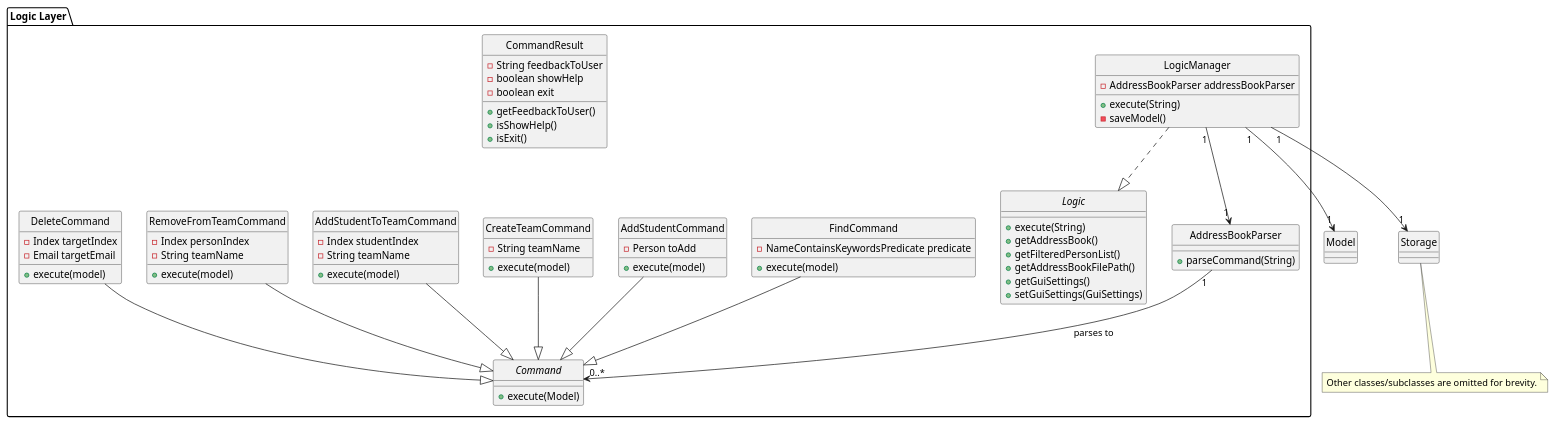
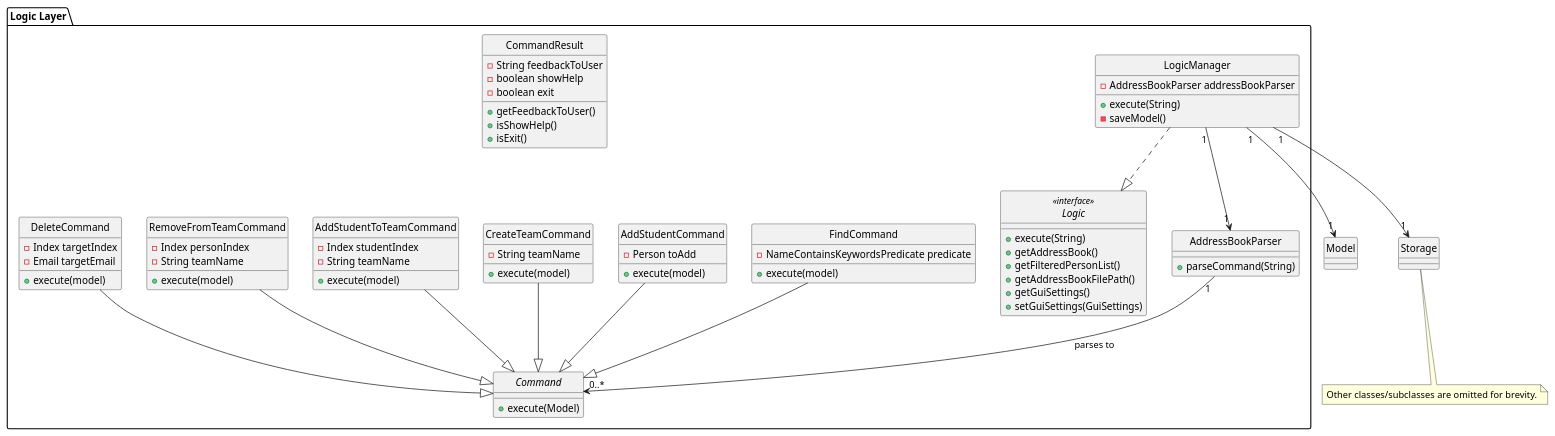
Before and after one commit to ziheng119/tp: the diagram in docs/UML/Logic.puml, drawn with PlantUML. The commit also changed 2 other files, not shown here.

Commit message:
Update interface labels

```diff
--- a/docs/UML/Logic.puml
+++ b/docs/UML/Logic.puml
@@ -1,88 +1,88 @@
 @startuml
 hide circle
 
 package "Logic Layer" as Logic {
-    interface Logic {
+    interface Logic <<interface>> {
         +execute(String)
         +getAddressBook()
         +getFilteredPersonList()
         +getAddressBookFilePath()
         +getGuiSettings()
         +setGuiSettings(GuiSettings)
     }
 
     class LogicManager {
         -AddressBookParser addressBookParser
         +execute(String)
         -saveModel()
     }
 
     class AddressBookParser {
         +parseCommand(String)
     }
 
     abstract class Command {
         +execute(Model)
     }
 
     class FindCommand {
         -NameContainsKeywordsPredicate predicate
         +execute(model)
     }
 
     class AddStudentCommand {
         -Person toAdd
         +execute(model)
     }
 
     class CreateTeamCommand {
         -String teamName
         +execute(model)
     }
 
     class AddStudentToTeamCommand {
         -Index studentIndex
         -String teamName
         +execute(model)
     }
 
     class RemoveFromTeamCommand {
         -Index personIndex
         -String teamName
         +execute(model)
     }
 
     class DeleteCommand {
         -Index targetIndex
         -Email targetEmail
         +execute(model)
     }
 
     class CommandResult {
         -String feedbackToUser
         -boolean showHelp
         -boolean exit
         +getFeedbackToUser()
         +isShowHelp()
         +isExit()
     }
 }
 
 Logic.LogicManager ..|> Logic.Logic
 LogicManager "1" --> "1" AddressBookParser
 LogicManager "1" --> "1" Model
 LogicManager "1" --> "1" Storage
 AddressBookParser "1" --> "0..*" Command : parses to
 
 
 note bottom
   Other classes/subclasses are omitted for brevity.
 end note
 FindCommand --|> Command
 AddStudentCommand --|> Command
 CreateTeamCommand --|> Command
 AddStudentToTeamCommand --|> Command
 RemoveFromTeamCommand --|> Command
 DeleteCommand --|> Command
 
 @enduml
```
